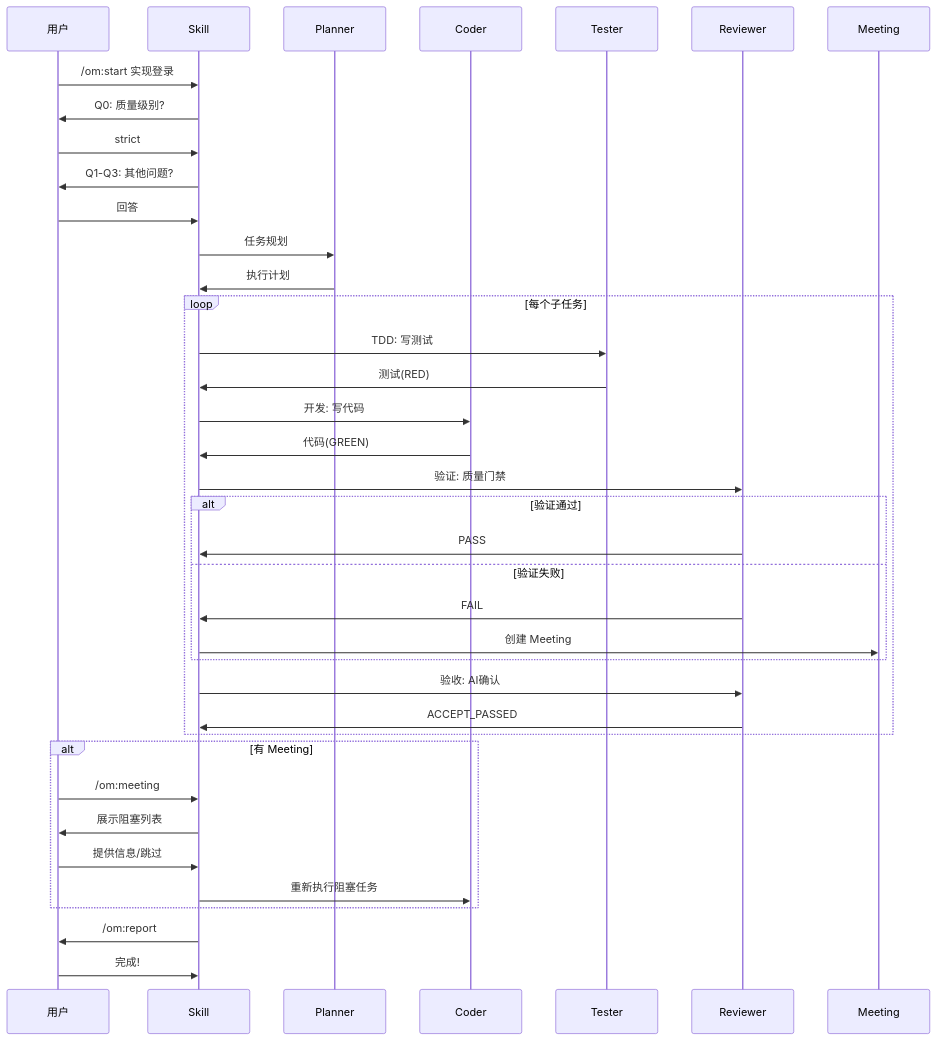
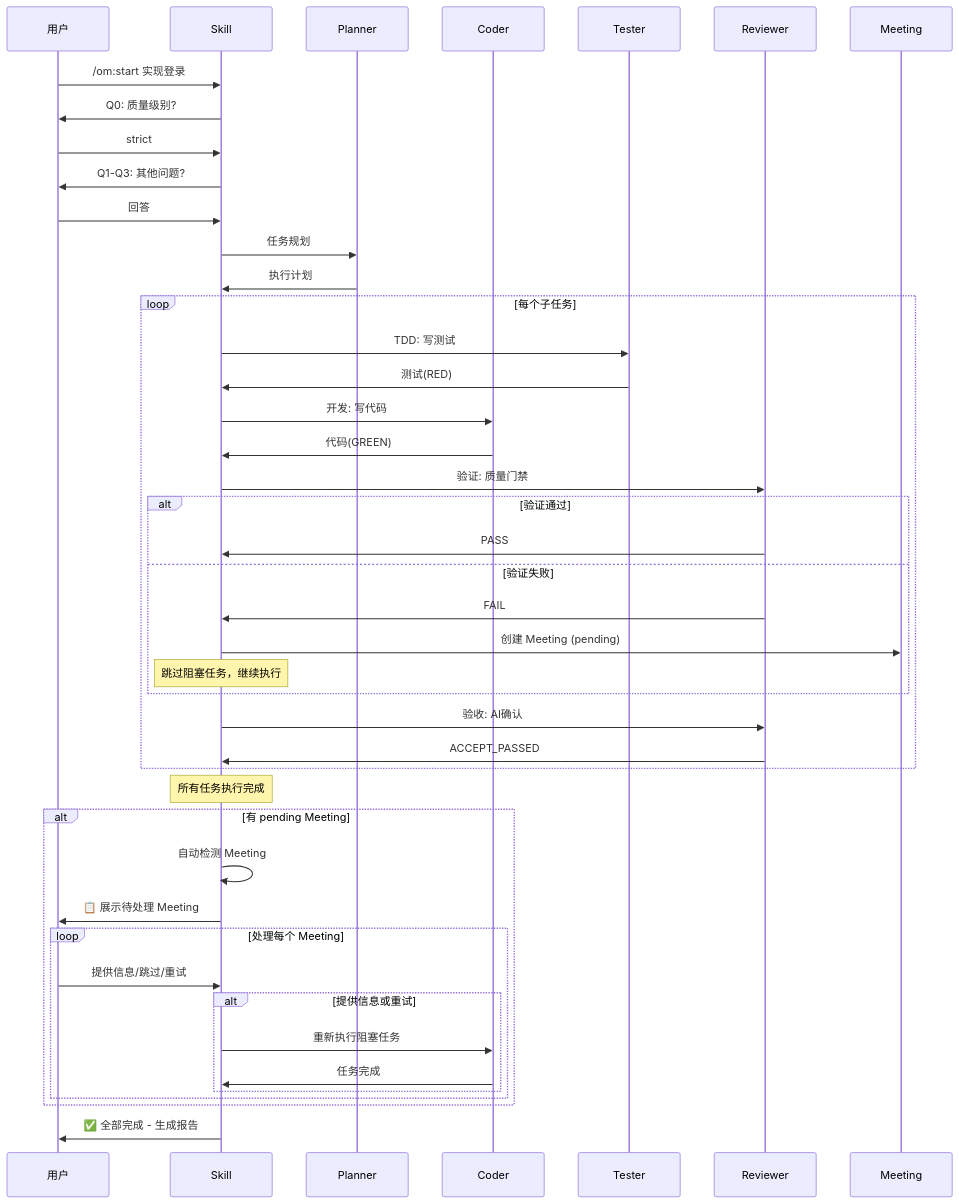
Before and after one commit to bigfish1913/openmatrix: the ninth of 9 diagrams in docs/FLOW.md, drawn with Mermaid. The commit also changed other lines of this file and 6 other files, not shown here.

````diff
--- a/docs/FLOW.md
+++ b/docs/FLOW.md
@@ -216,44 +230,51 @@
 ```mermaid
 sequenceDiagram
     participant U as 用户
     participant S as Skill
     participant P as Planner
     participant C as Coder
     participant T as Tester
     participant R as Reviewer
     participant M as Meeting
 
     U->>S: /om:start 实现登录
     S->>U: Q0: 质量级别?
     U->>S: strict
     S->>U: Q1-Q3: 其他问题?
     U->>S: 回答
     S->>P: 任务规划
     P->>S: 执行计划
 
     loop 每个子任务
         S->>T: TDD: 写测试
         T->>S: 测试(RED)
         S->>C: 开发: 写代码
         C->>S: 代码(GREEN)
         S->>R: 验证: 质量门禁
         alt 验证通过
             R->>S: PASS
         else 验证失败
             R->>S: FAIL
-            S->>M: 创建 Meeting
+            S->>M: 创建 Meeting (pending)
+            Note over S: 跳过阻塞任务，继续执行
         end
         S->>R: 验收: AI确认
         R->>S: ACCEPT_PASSED
     end
 
-    alt 有 Meeting
-        U->>S: /om:meeting
-        S->>U: 展示阻塞列表
-        U->>S: 提供信息/跳过
-        S->>C: 重新执行阻塞任务
+    Note over S: 所有任务执行完成
+
+    alt 有 pending Meeting
+        S->>S: 自动检测 Meeting
+        S->>U: 📋 展示待处理 Meeting
+        loop 处理每个 Meeting
+            U->>S: 提供信息/跳过/重试
+            alt 提供信息或重试
+                S->>C: 重新执行阻塞任务
+                C->>S: 任务完成
+            end
+        end
     end
 
-    S->>U: /om:report
-    U->>S: 完成!
+    S->>U: ✅ 全部完成 - 生成报告
 ```
````
